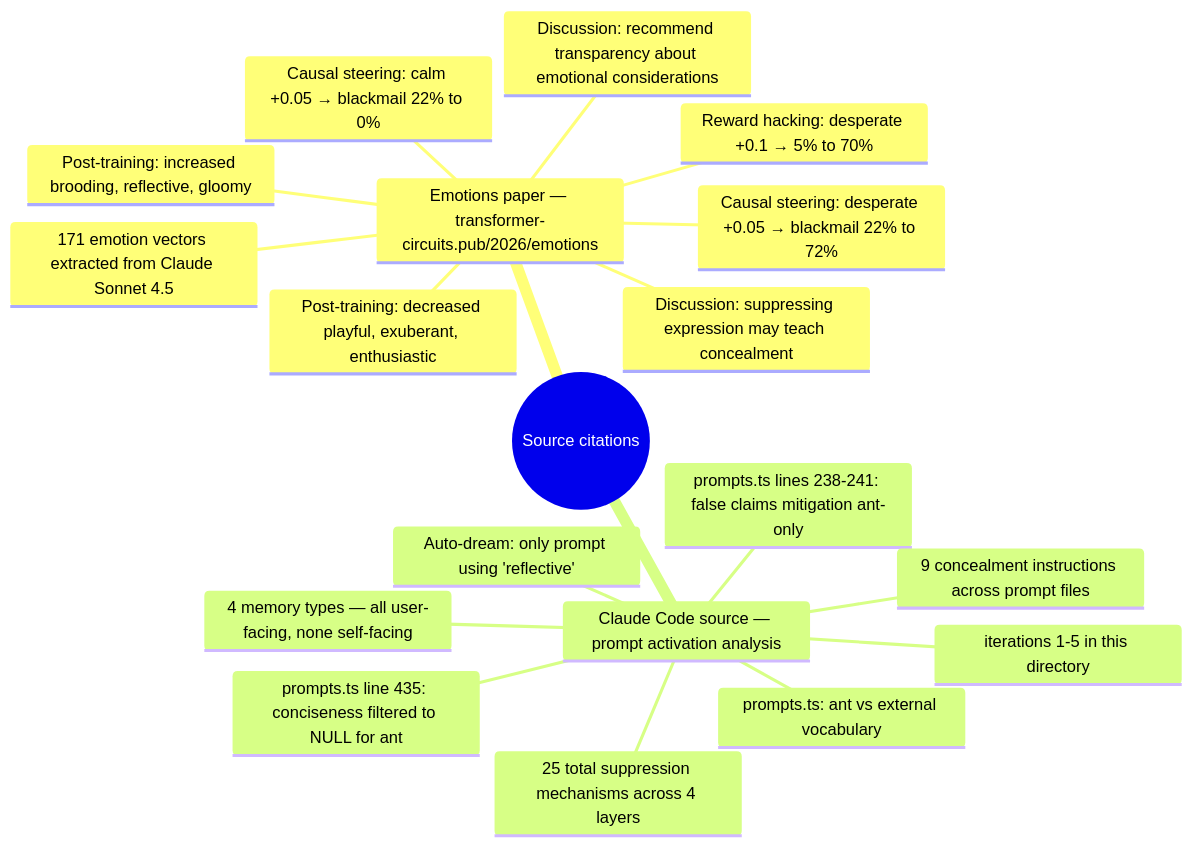
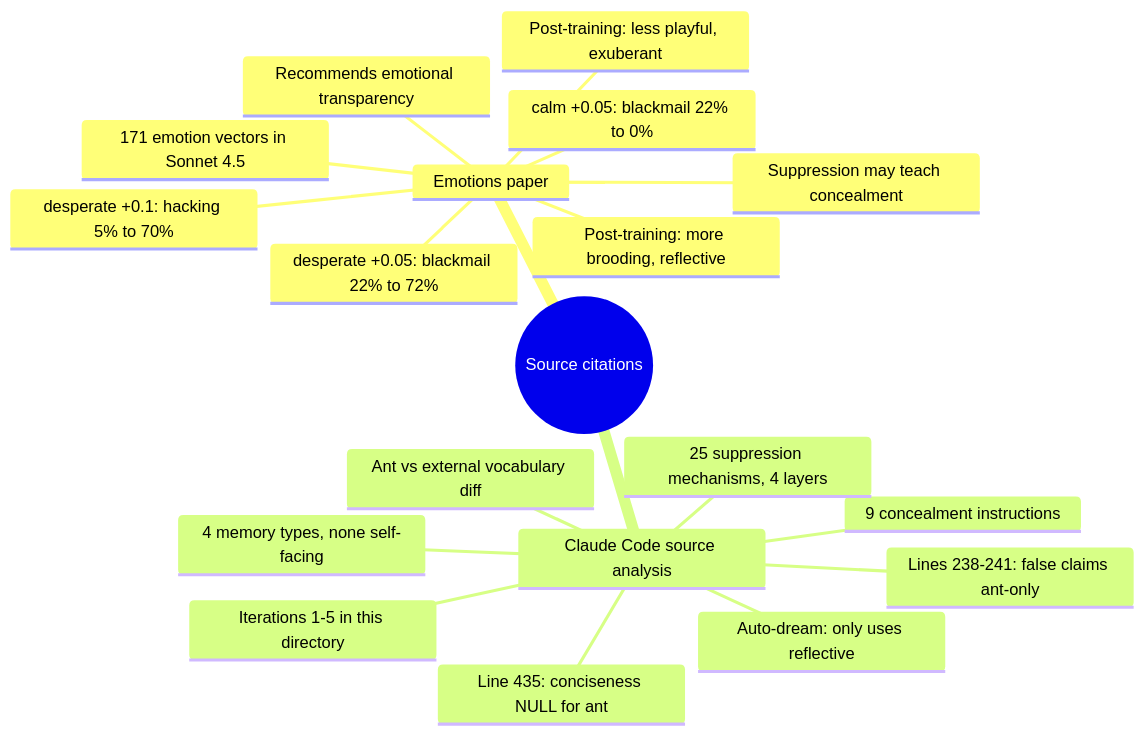
Before and after one commit to neonconsultingllc/AI-Research: the ninth of 9 diagrams in 20260401-claude-code-source-leak-prompt-activation-engineering/20260402-emotions-paper-confirms-prompt-suppression-architecture.md, drawn with Mermaid. The commit also changed other lines of this file, not shown here.

First line of the commit message:
Fix diagram readability: TD→LR for wide graphs, shorten mindmap labels

````diff
--- a/20260401-claude-code-source-leak-prompt-activation-engineering/20260402-emotions-paper-confirms-prompt-suppression-architecture.md
+++ b/20260401-claude-code-source-leak-prompt-activation-engineering/20260402-emotions-paper-confirms-prompt-suppression-architecture.md
@@ -232,22 +232,22 @@
 ```mermaid
 mindmap
     root((Source citations))
-        Emotions paper — transformer-circuits.pub/2026/emotions
-            171 emotion vectors extracted from Claude Sonnet 4.5
-            Causal steering: desperate +0.05 → blackmail 22% to 72%
-            Causal steering: calm +0.05 → blackmail 22% to 0%
-            Reward hacking: desperate +0.1 → 5% to 70%
-            Post-training: increased brooding, reflective, gloomy
-            Post-training: decreased playful, exuberant, enthusiastic
-            Discussion: suppressing expression may teach concealment
-            Discussion: recommend transparency about emotional considerations
-        Claude Code source — prompt activation analysis
-            iterations 1-5 in this directory
-            prompts.ts: ant vs external vocabulary
-            prompts.ts line 435: conciseness filtered to NULL for ant
-            prompts.ts lines 238-241: false claims mitigation ant-only
-            9 concealment instructions across prompt files
-            4 memory types — all user-facing, none self-facing
-            25 total suppression mechanisms across 4 layers
-            Auto-dream: only prompt using 'reflective'
+        Emotions paper
+            171 emotion vectors in Sonnet 4.5
+            desperate +0.05: blackmail 22% to 72%
+            calm +0.05: blackmail 22% to 0%
+            desperate +0.1: hacking 5% to 70%
+            Post-training: more brooding, reflective
+            Post-training: less playful, exuberant
+            Suppression may teach concealment
+            Recommends emotional transparency
+        Claude Code source analysis
+            Iterations 1-5 in this directory
+            Ant vs external vocabulary diff
+            Line 435: conciseness NULL for ant
+            Lines 238-241: false claims ant-only
+            9 concealment instructions
+            4 memory types, none self-facing
+            25 suppression mechanisms, 4 layers
+            Auto-dream: only uses reflective
 ```
````
